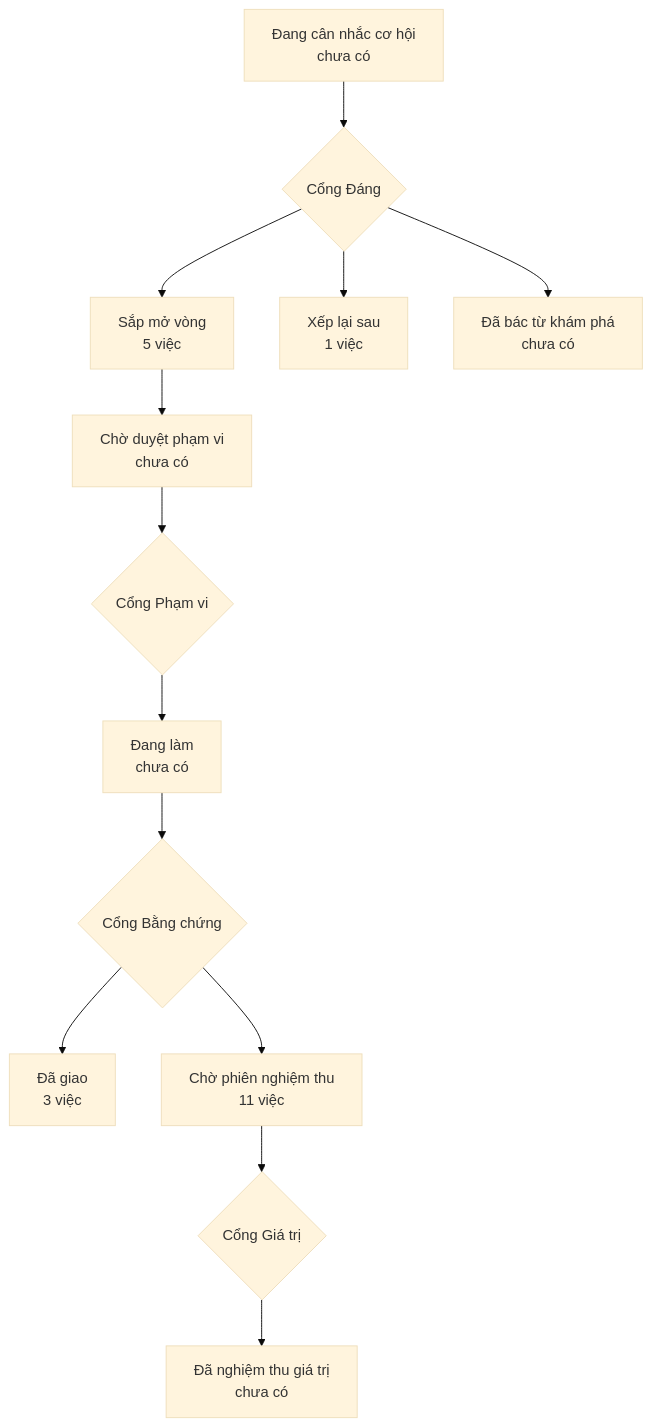
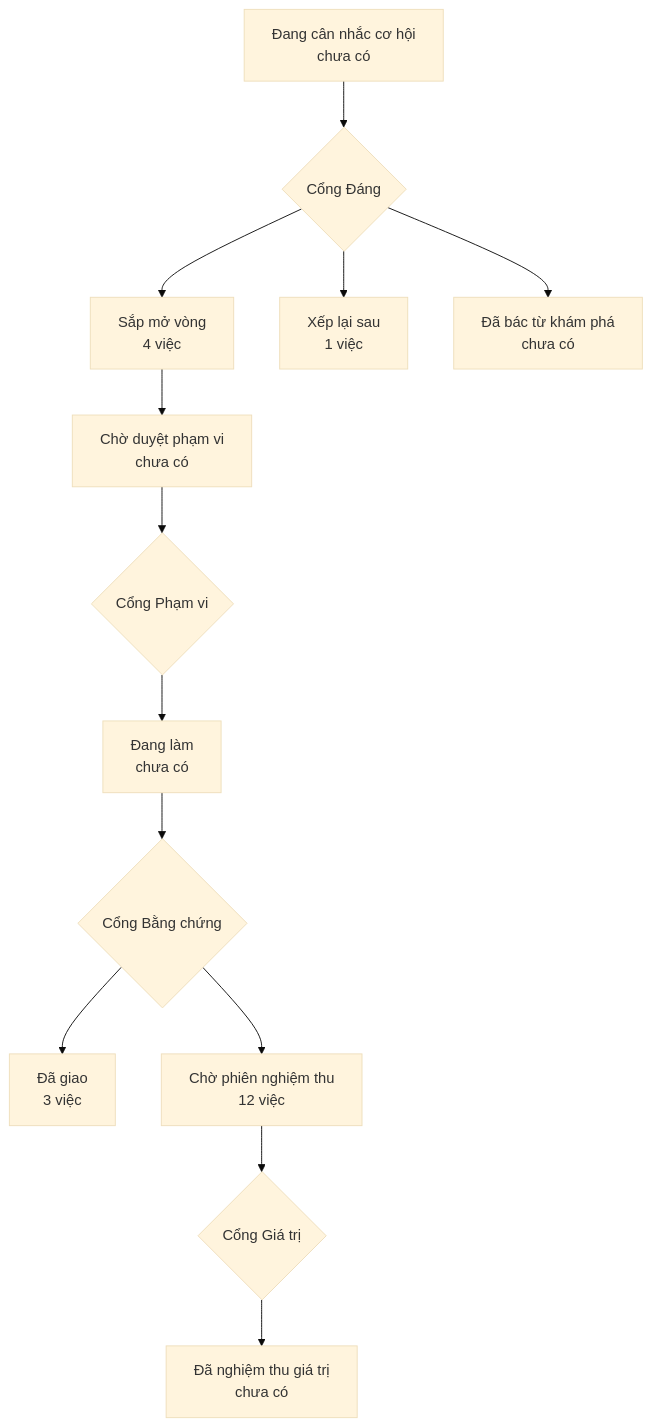
The diagram in PRODUCT-MAP.md (phanlemanh/onehub-quy-hang), drawn with Mermaid (base theme) before and after one commit. The commit also changed 1 other file, not shown here.

Commit message:
chore(product-map): vẽ lại sau khi gộp main (PR #27)

````diff
--- a/PRODUCT-MAP.md
+++ b/PRODUCT-MAP.md
@@ -7,12 +7,12 @@
 ```mermaid
 flowchart TD
   A["Đang cân nhắc cơ hội<br/>chưa có"] --> GD{"Cổng Đáng"}
-  GD --> B["Sắp mở vòng<br/>5 việc"]
+  GD --> B["Sắp mở vòng<br/>4 việc"]
   GD --> XL["Xếp lại sau<br/>1 việc"]
   GD --> DB["Đã bác từ khám phá<br/>chưa có"]
   B --> CD["Chờ duyệt phạm vi<br/>chưa có"] --> GP{"Cổng Phạm vi"}
   GP --> DL["Đang làm<br/>chưa có"] --> GB{"Cổng Bằng chứng"}
   GB --> DG["Đã giao<br/>3 việc"]
-  GB --> CN["Chờ phiên nghiệm thu<br/>11 việc"] --> GG{"Cổng Giá trị"}
+  GB --> CN["Chờ phiên nghiệm thu<br/>12 việc"] --> GG{"Cổng Giá trị"}
   GG --> NT["Đã nghiệm thu giá trị<br/>chưa có"]
 ```
````
